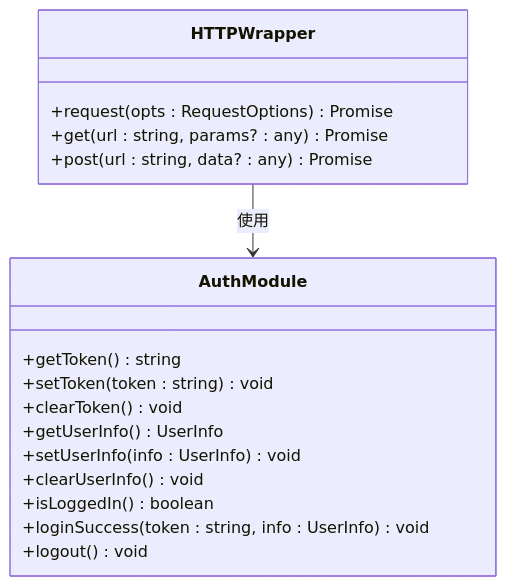
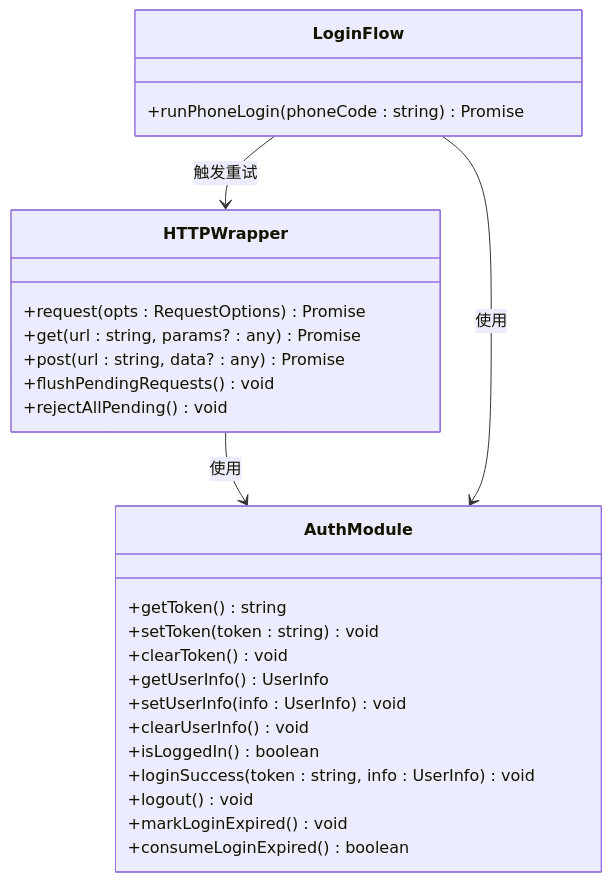
One commit to crazyma99/blueberry changed the fourth of 8 diagrams in .qoder/repowiki/zh/content/工具模块详解/HTTP请求封装器.md. Above: the diagram before and after it, drawn with Mermaid. The commit also changed other lines of this file and 7 other files, not shown here.

````diff
--- a/.qoder/repowiki/zh/content/工具模块详解/HTTP请求封装器.md
+++ b/.qoder/repowiki/zh/content/工具模块详解/HTTP请求封装器.md
@@ -231,20 +328,29 @@
 ```mermaid
 classDiagram
 class AuthModule {
 +getToken() string
 +setToken(token : string) void
 +clearToken() void
 +getUserInfo() UserInfo
 +setUserInfo(info : UserInfo) void
 +clearUserInfo() void
 +isLoggedIn() boolean
 +loginSuccess(token : string, info : UserInfo) void
 +logout() void
++markLoginExpired() void
++consumeLoginExpired() boolean
 }
 class HTTPWrapper {
 +request(opts : RequestOptions) Promise
 +get(url : string, params? : any) Promise
 +post(url : string, data? : any) Promise
++flushPendingRequests() void
++rejectAllPending() void
+}
+class LoginFlow {
++runPhoneLogin(phoneCode : string) Promise
 }
 HTTPWrapper --> AuthModule : 使用
+LoginFlow --> AuthModule : 使用
+LoginFlow --> HTTPWrapper : 触发重试
 ```
````
